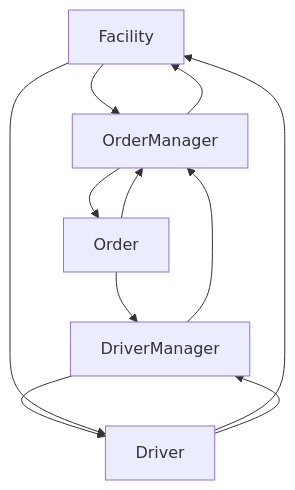
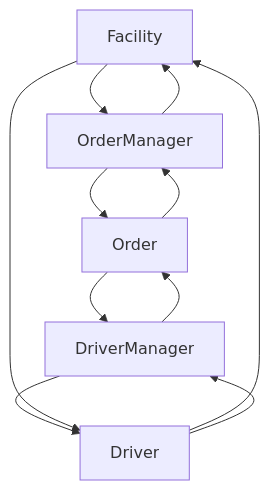
Before and after one commit to Sambeth/akka-supply-chain: the diagram in README.md, drawn with Mermaid.

````diff
--- a/README.md
+++ b/README.md
@@ -1,13 +1,13 @@
 ```mermaid
   graph TD;
       Facility-->OrderManager;
       OrderManager-->Order;
       Order-->OrderManager;
       Order-->DriverManager;
       DriverManager-->Driver;
       Driver-->Facility;
       OrderManager-->Facility;
-      DriverManager-->OrderManager;
+      DriverManager-->Order;
       Driver-->DriverManager;
       Facility-->Driver;
 ```
````
